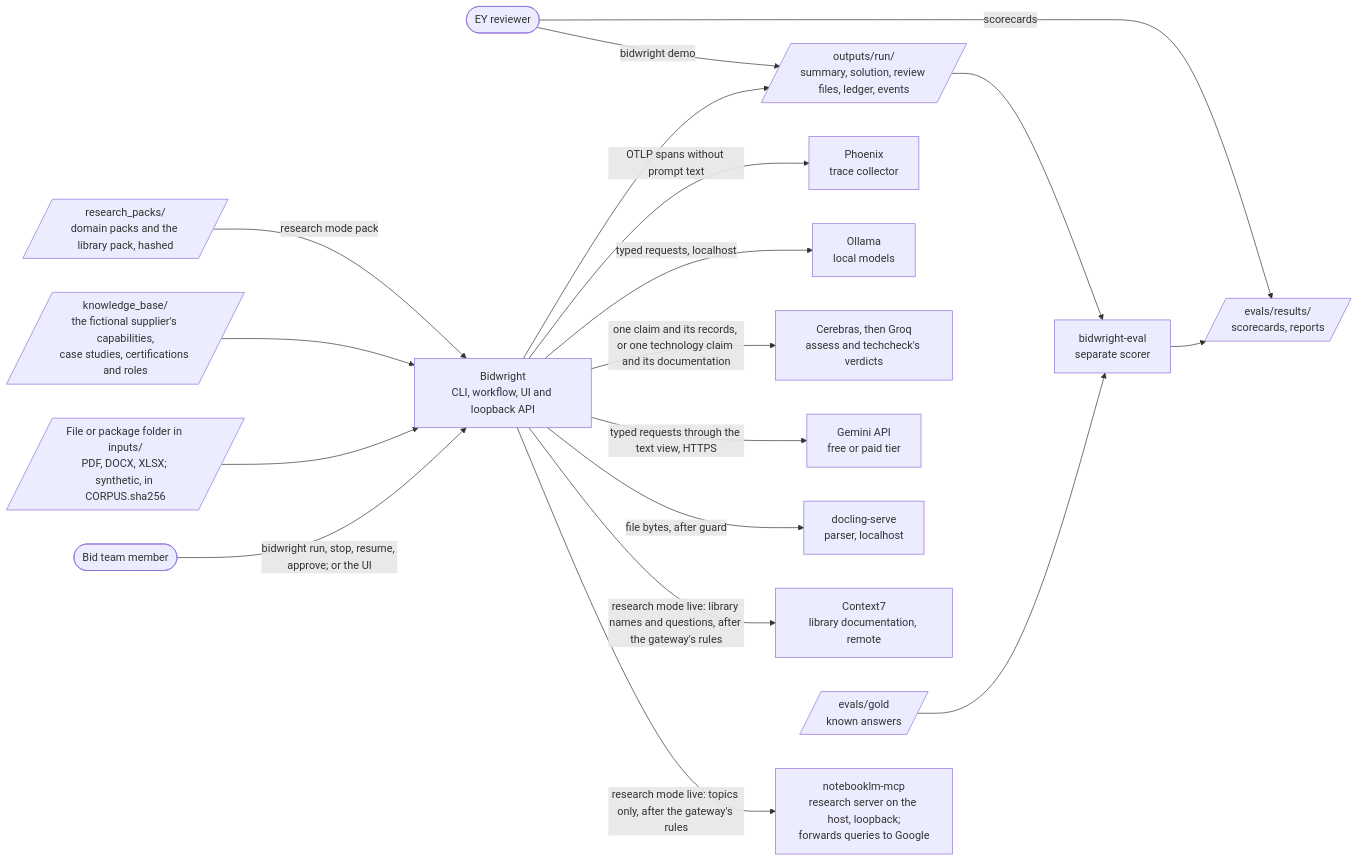
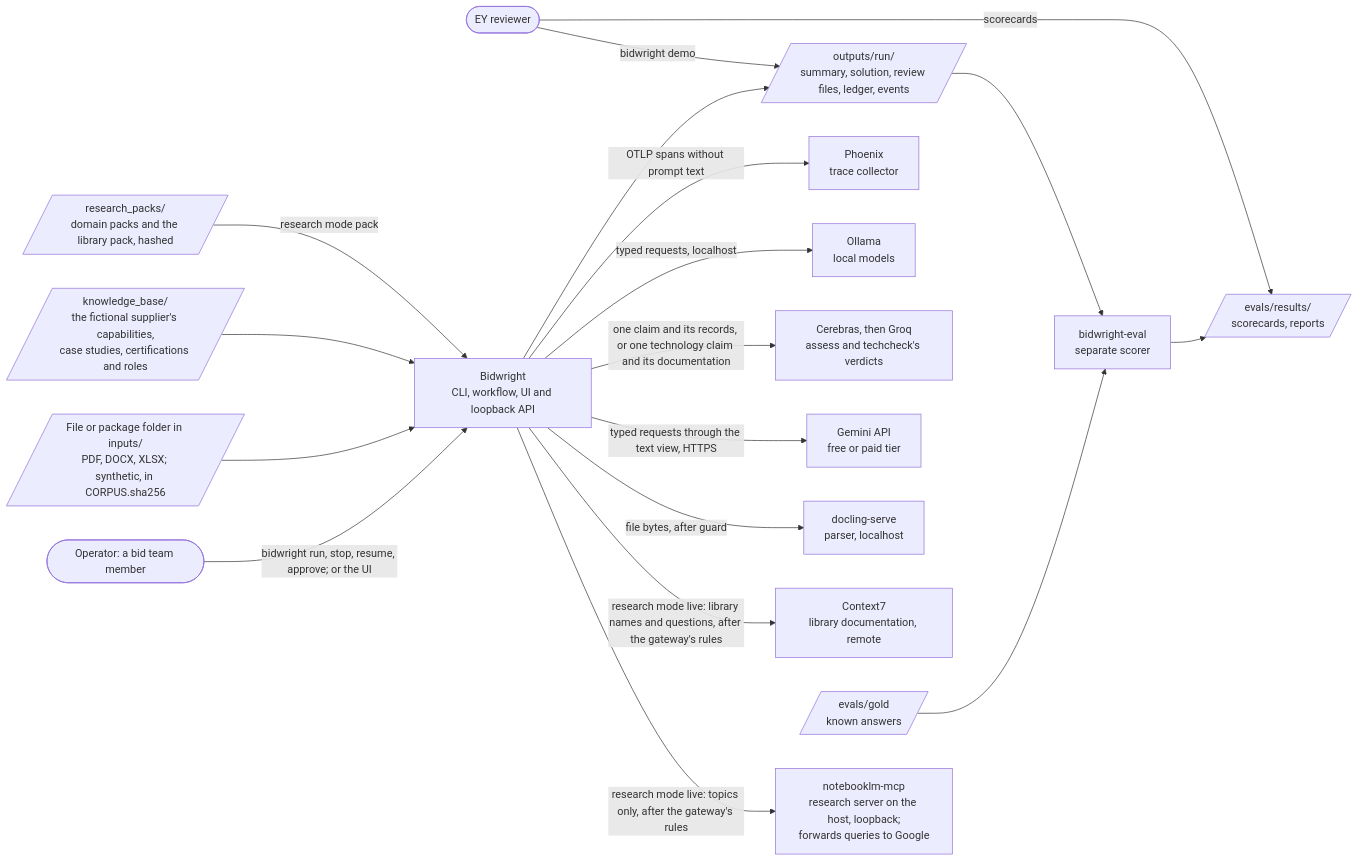
One commit to chouaibhoues-code/bidwright-rfp-agent changed the first of 3 diagrams in docs/architecture.md. Above: the diagram before and after it, drawn with Mermaid. The commit also changed other lines of this file and 11 other files, not shown here.

First line of the commit message:
Iteration 3, step 22: the second architecture review, Stages 6 and 7

````diff
--- a/docs/architecture.md
+++ b/docs/architecture.md
@@ -92,38 +106,38 @@
 ```mermaid
 flowchart LR
-    team(["Bid team member"])
+    team(["Operator: a bid team member"])
     reviewer(["EY reviewer"])
     rfp[/"File or package folder in inputs/<br/>PDF, DOCX, XLSX; synthetic, in CORPUS.sha256"/]
     kb[/"knowledge_base/<br/>the fictional supplier's capabilities,<br/>case studies, certifications and roles"/]
     bw["Bidwright<br/>CLI, workflow, UI and loopback API"]
     docling["docling-serve<br/>parser, localhost"]
     gemini["Gemini API<br/>free or paid tier"]
     cere["Cerebras, then Groq<br/>assess and techcheck's verdicts"]
     ollama["Ollama<br/>local models"]
     phoenix["Phoenix<br/>trace collector"]
     nlm["notebooklm-mcp<br/>research server on the host, loopback;<br/>forwards queries to Google"]
     c7["Context7<br/>library documentation, remote"]
     packs[/"research_packs/<br/>domain packs and the library pack, hashed"/]
     out[/"outputs/run/<br/>summary, solution, review files, ledger, events"/]
     evalr["bidwright-eval<br/>separate scorer"]
     gold[/"evals/gold<br/>known answers"/]
     score[/"evals/results/<br/>scorecards, reports"/]
 
     team -- "bidwright run, stop, resume, approve; or the UI" --> bw
     rfp --> bw
     kb --> bw
     packs -- "research mode pack" --> bw
     bw -- "research mode live: topics only, after the gateway's rules" --> nlm
     bw -- "research mode live: library names and questions, after the gateway's rules" --> c7
     bw -- "file bytes, after guard" --> docling
     bw -- "typed requests through the text view, HTTPS" --> gemini
     bw -- "one claim and its records, or one technology claim and its documentation" --> cere
     bw -- "typed requests, localhost" --> ollama
     bw -- "OTLP spans without prompt text" --> phoenix
     bw --> out
     reviewer -- "bidwright demo" --> out
     reviewer -- "scorecards" --> score
     out --> evalr
     gold --> evalr
     evalr --> score
 ```
````
